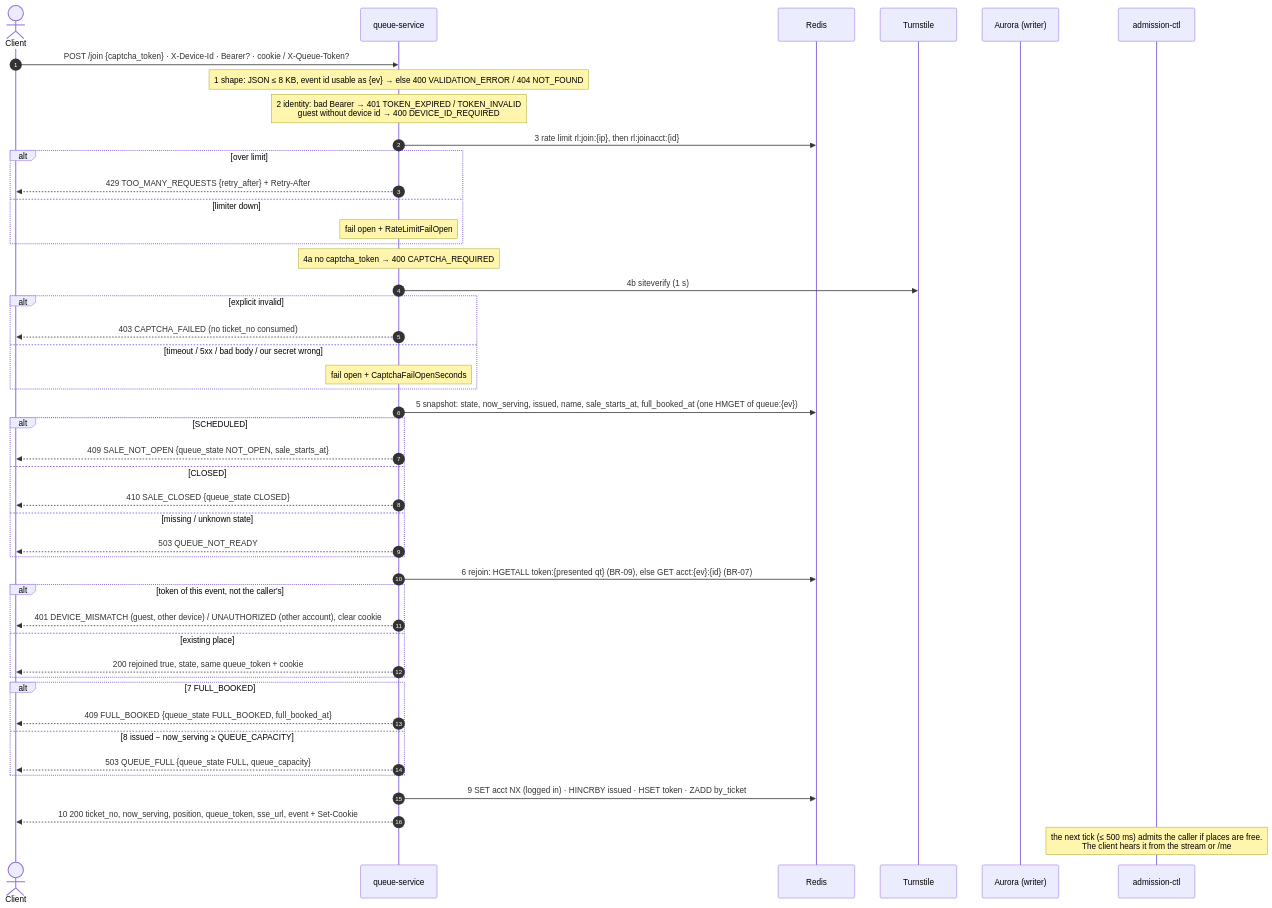
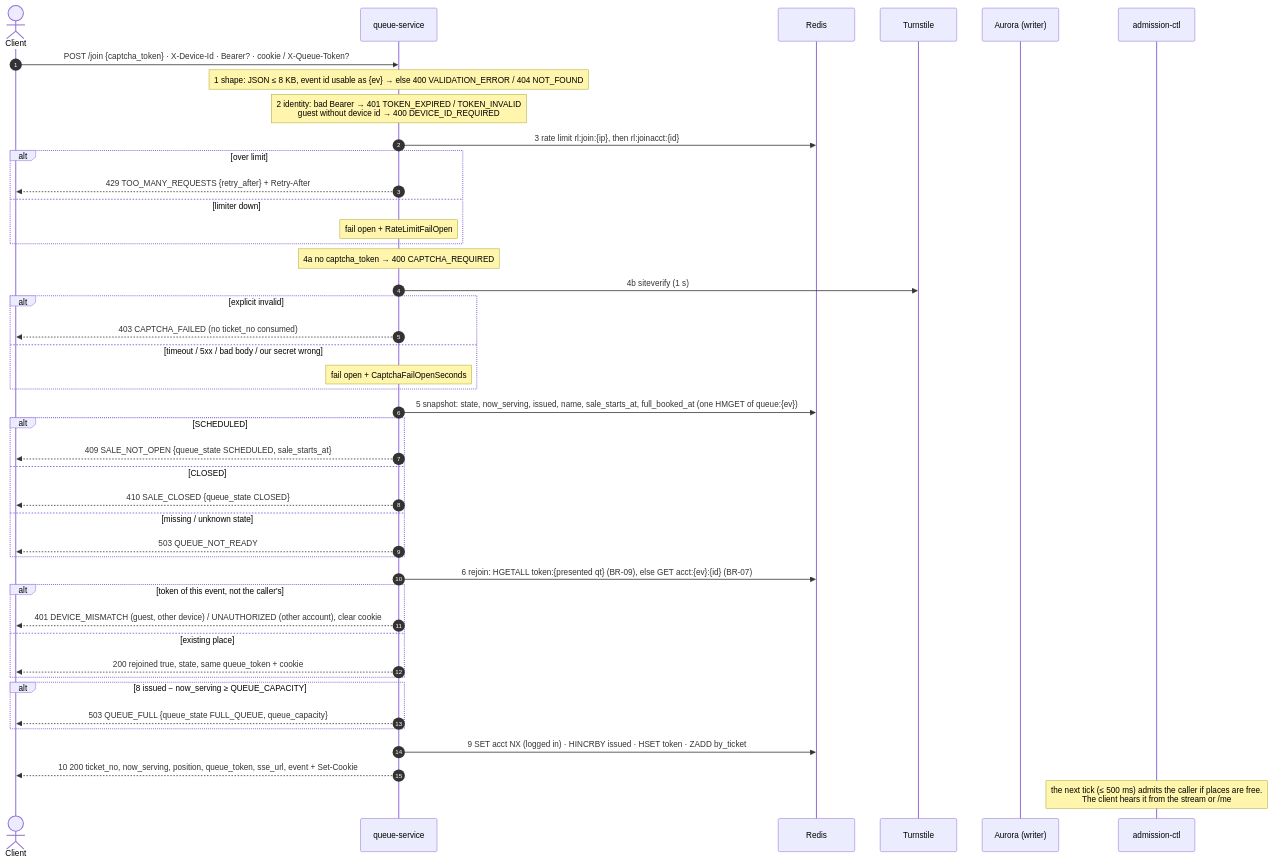
One commit to PTServerJanganTumbang-BookingTicket/be-rusuh-war-ticketing changed the diagram in docs/04-queue/01-join-queue.md. Above: the diagram before and after it, drawn with Mermaid. The commit also changed other lines of this file and 39 other files, not shown here.

````diff
--- a/docs/04-queue/01-join-queue.md
+++ b/docs/04-queue/01-join-queue.md
@@ -27,56 +27,54 @@
 ```mermaid
 sequenceDiagram
     autonumber
     actor C as Client
     participant Q as queue-service
     participant R as Redis
     participant CAP as Turnstile
     participant DB as Aurora (writer)
     participant CTL as admission-ctl
 
     C->>Q: POST /join {captcha_token} · X-Device-Id · Bearer? · cookie / X-Queue-Token?
     Note over Q: 1 shape: JSON ≤ 8 KB, event id usable as {ev} → else 400 VALIDATION_ERROR / 404 NOT_FOUND
     Note over Q: 2 identity: bad Bearer → 401 TOKEN_EXPIRED / TOKEN_INVALID<br/>guest without device id → 400 DEVICE_ID_REQUIRED
 
     Q->>R: 3 rate limit rl:join:{ip}, then rl:joinacct:{id}
     alt over limit
         Q-->>C: 429 TOO_MANY_REQUESTS {retry_after} + Retry-After
     else limiter down
         Note over Q: fail open + RateLimitFailOpen
     end
 
     Note over Q: 4a no captcha_token → 400 CAPTCHA_REQUIRED
     Q->>CAP: 4b siteverify (1 s)
     alt explicit invalid
         Q-->>C: 403 CAPTCHA_FAILED (no ticket_no consumed)
     else timeout / 5xx / bad body / our secret wrong
         Note over Q: fail open + CaptchaFailOpenSeconds
     end
 
     Q->>R: 5 snapshot: state, now_serving, issued, name, sale_starts_at, full_booked_at (one HMGET of queue:{ev})
     alt SCHEDULED
-        Q-->>C: 409 SALE_NOT_OPEN {queue_state NOT_OPEN, sale_starts_at}
+        Q-->>C: 409 SALE_NOT_OPEN {queue_state SCHEDULED, sale_starts_at}
     else CLOSED
         Q-->>C: 410 SALE_CLOSED {queue_state CLOSED}
     else missing / unknown state
         Q-->>C: 503 QUEUE_NOT_READY
     end
 
     Q->>R: 6 rejoin: HGETALL token:{presented qt} (BR-09), else GET acct:{ev}:{id} (BR-07)
     alt token of this event, not the caller's
         Q-->>C: 401 DEVICE_MISMATCH (guest, other device) / UNAUTHORIZED (other account), clear cookie
     else existing place
         Q-->>C: 200 rejoined true, state, same queue_token + cookie
     end
 
-    alt 7 FULL_BOOKED
-        Q-->>C: 409 FULL_BOOKED {queue_state FULL_BOOKED, full_booked_at}
-    else 8 issued − now_serving ≥ QUEUE_CAPACITY
-        Q-->>C: 503 QUEUE_FULL {queue_state FULL, queue_capacity}
+    alt 8 issued − now_serving ≥ QUEUE_CAPACITY
+        Q-->>C: 503 QUEUE_FULL {queue_state FULL_QUEUE, queue_capacity}
     end
 
     Q->>R: 9 SET acct NX (logged in) · HINCRBY issued · HSET token · ZADD by_ticket
 
     Q-->>C: 10 200 ticket_no, now_serving, position, queue_token, sse_url, event + Set-Cookie
     Note over CTL: the next tick (≤ 500 ms) admits the caller if places are free.<br/>The client hears it from the stream or /me
 ```
````
